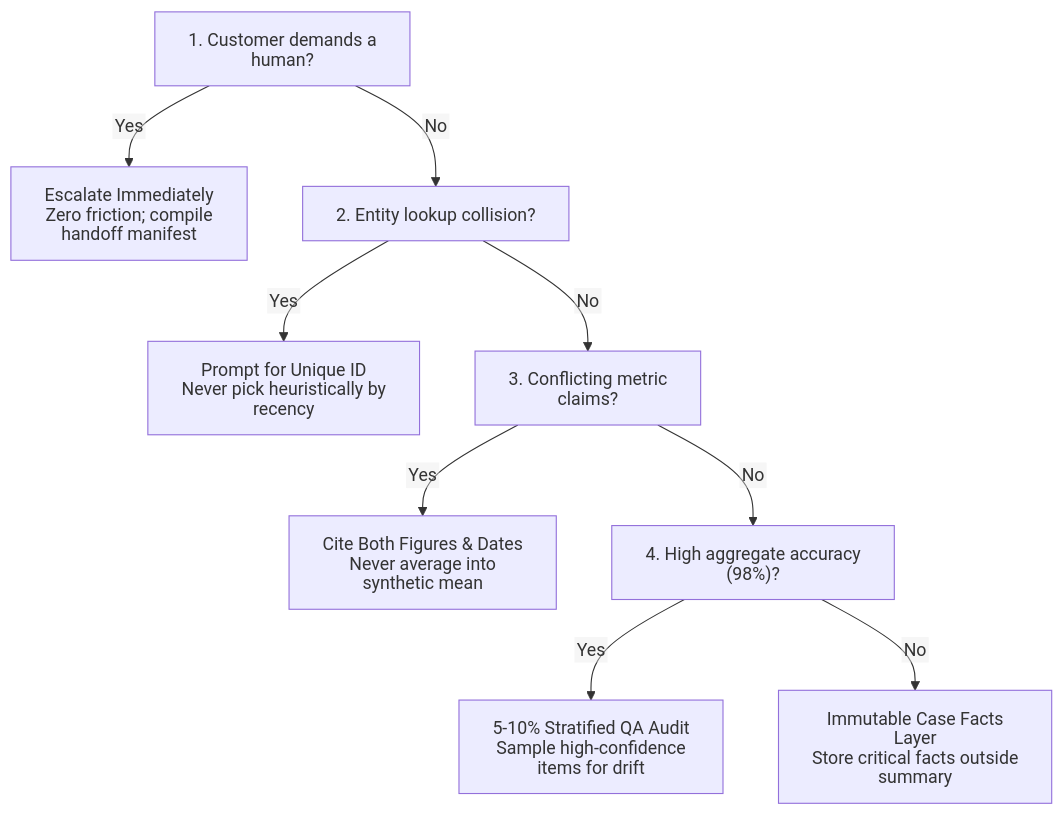
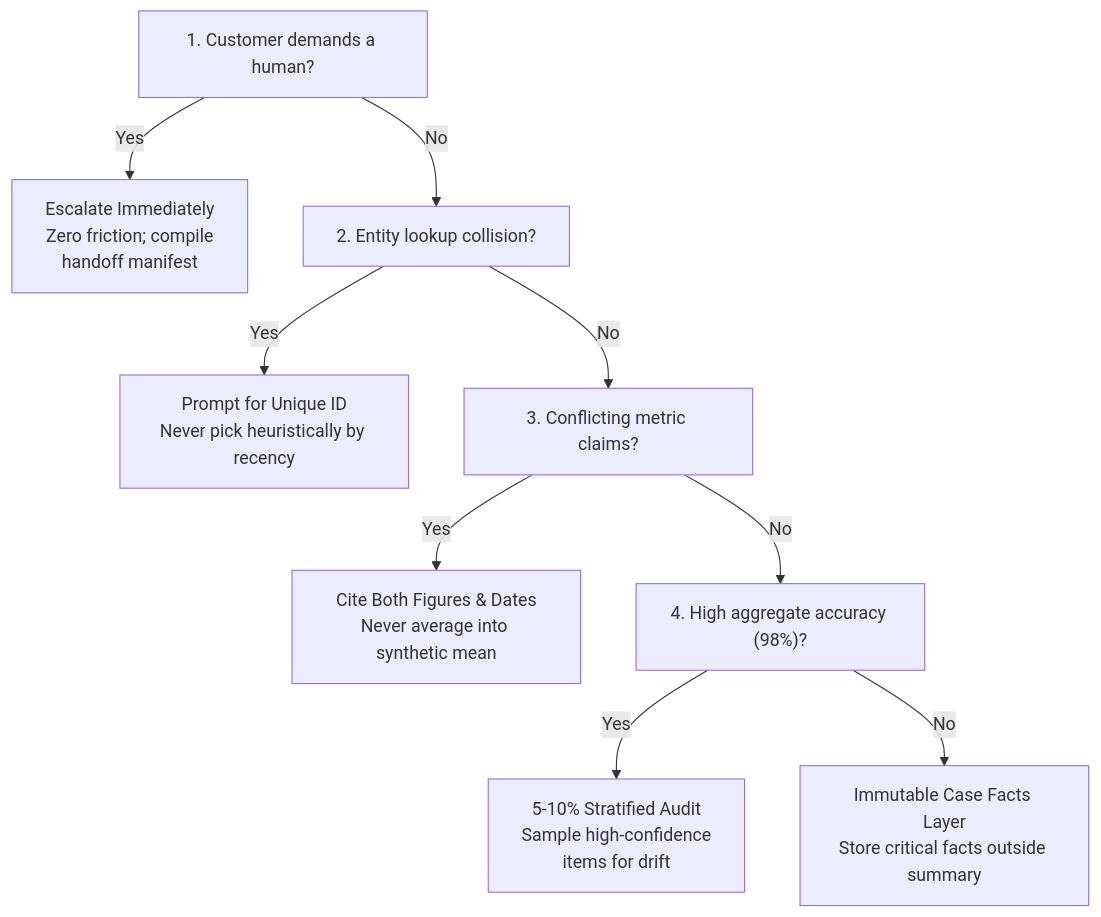
The sixth of 6 diagrams in domain5/KEY_CONCEPTS.md (dip4k/claude_cert_architect_foundation_prep), drawn with Mermaid before and after one commit. The commit also changed other lines of this file and 99 other files, not shown here.

````diff
--- a/domain5/KEY_CONCEPTS.md
+++ b/domain5/KEY_CONCEPTS.md
@@ -650,15 +634,11 @@
 ```mermaid
----
-config:
-  htmlLabels: false
----
 flowchart TD
-    Q1["1. Customer demands a human?"] -->|Yes| A1["Escalate Immediately<br>Zero friction; compile handoff manifest"]
+    Q1["1. Customer demands a human?"] -->|Yes| A1["Escalate Immediately<br>Zero friction; compile<br>handoff manifest"]
     Q1 -->|No| Q2["2. Entity lookup collision?"]
     Q2 -->|Yes| A2["Prompt for Unique ID<br>Never pick heuristically by recency"]
     Q2 -->|No| Q3["3. Conflicting metric claims?"]
     Q3 -->|Yes| A3["Cite Both Figures & Dates<br>Never average into synthetic mean"]
     Q3 -->|No| Q4["4. High aggregate accuracy (98%)?"]
-    Q4 -->|Yes| A4["5-10% Stratified QA Audit<br>Sample high-confidence items for drift"]
+    Q4 -->|Yes| A4["5-10% Stratified Audit<br>Sample high-confidence<br>items for drift"]
     Q4 -->|No| A5["Immutable Case Facts Layer<br>Store critical facts outside summary"]
 ```
````
